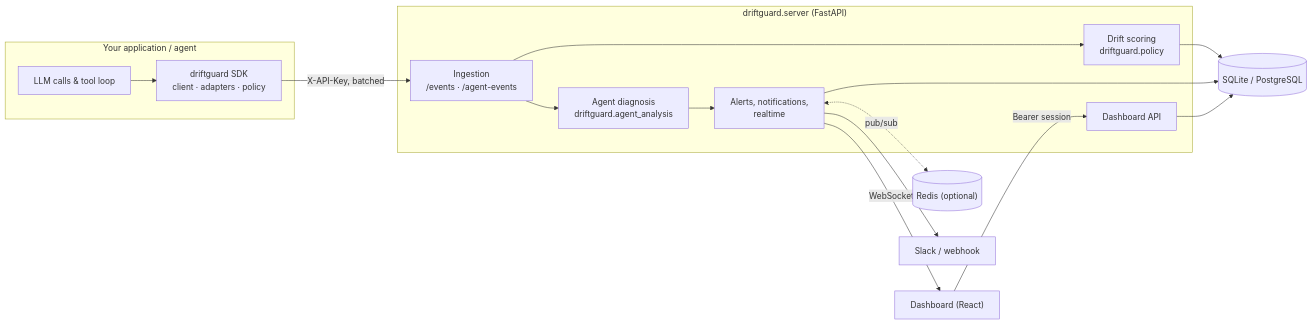
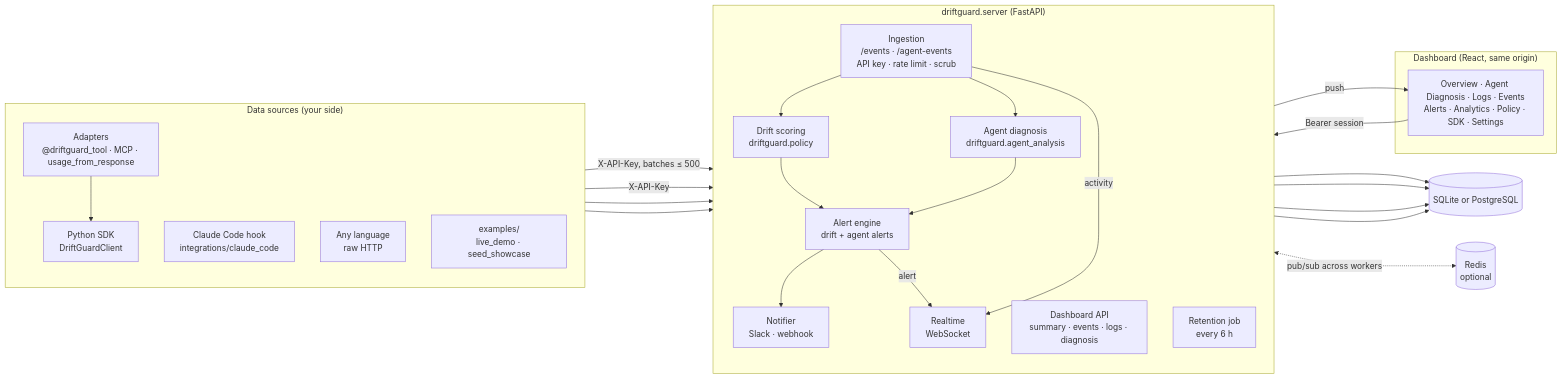
The first of 5 diagrams in docs/architecture.md (Sean-Pereira-945/tokepi), drawn with Mermaid before and after one commit. The commit also changed other lines of this file and 20 other files, not shown here.

First line of the commit message:
docs: getting started, concepts, architecture image and dashboard guide

````diff
--- a/docs/architecture.md
+++ b/docs/architecture.md
@@ -9,28 +23,49 @@
 ```mermaid
-graph LR
-  subgraph App["Your application / agent"]
-    Loop["LLM calls & tool loop"]
-    SDK["driftguard SDK<br/>client · adapters · policy"]
-    Loop --> SDK
+flowchart LR
+  subgraph Sources["Data sources (your side)"]
+    direction TB
+    SDK["Python SDK<br/>DriftGuardClient"]
+    Adapters["Adapters<br/>@driftguard_tool · MCP · usage_from_response"]
+    Hook["Claude Code hook<br/>integrations/claude_code"]
+    Raw["Any language<br/>raw HTTP"]
+    Scripts["examples/<br/>live_demo · seed_showcase"]
+    Adapters --> SDK
   end
+
   subgraph Server["driftguard.server (FastAPI)"]
-    Ingest["Ingestion<br/>/events · /agent-events"]
+    direction TB
+    Ingest["Ingestion<br/>/events · /agent-events<br/>API key · rate limit · scrub"]
     Score["Drift scoring<br/>driftguard.policy"]
     Diag["Agent diagnosis<br/>driftguard.agent_analysis"]
-    Alerts["Alerts, notifications,<br/>realtime"]
-    API["Dashboard API"]
+    Alerts["Alert engine<br/>drift + agent alerts"]
+    Read["Dashboard API<br/>summary · events · logs · diagnosis"]
+    RT["Realtime<br/>WebSocket"]
+    Notify["Notifier<br/>Slack · webhook"]
+    Ret["Retention job<br/>every 6 h"]
   end
-  DB[("SQLite / PostgreSQL")]
-  Redis[("Redis (optional)")]
-  UI["Dashboard (React)"]
-  Slack["Slack / webhook"]
 
-  SDK -- "X-API-Key, batched" --> Ingest
-  Ingest --> Score --> DB
+  DB[("SQLite or PostgreSQL")]
+  Redis[("Redis<br/>optional")]
+
+  subgraph UI["Dashboard (React, same origin)"]
+    Views["Overview · Agent Diagnosis · Logs · Events<br/>Alerts · Analytics · Policy · SDK · Settings"]
+  end
+
+  SDK -- "X-API-Key, batches ≤ 500" --> Ingest
+  Hook -- "X-API-Key" --> Ingest
+  Raw --> Ingest
+  Scripts --> Ingest
+
+  Ingest --> Score --> Alerts
   Ingest --> Diag --> Alerts
+  Ingest --> DB
   Alerts --> DB
-  Alerts --> Slack
-  Alerts -- WebSocket --> UI
-  UI -- "Bearer session" --> API --> DB
-  Alerts <-.pub/sub.-> Redis
+  Alerts --> Notify
+  Alerts -- "alert" --> RT
+  Ingest -- "activity" --> RT
+  Ret --> DB
+
+  Views -- "Bearer session" --> Read --> DB
+  RT -- "push" --> Views
+  RT <-. "pub/sub across workers" .-> Redis
 ```
````
